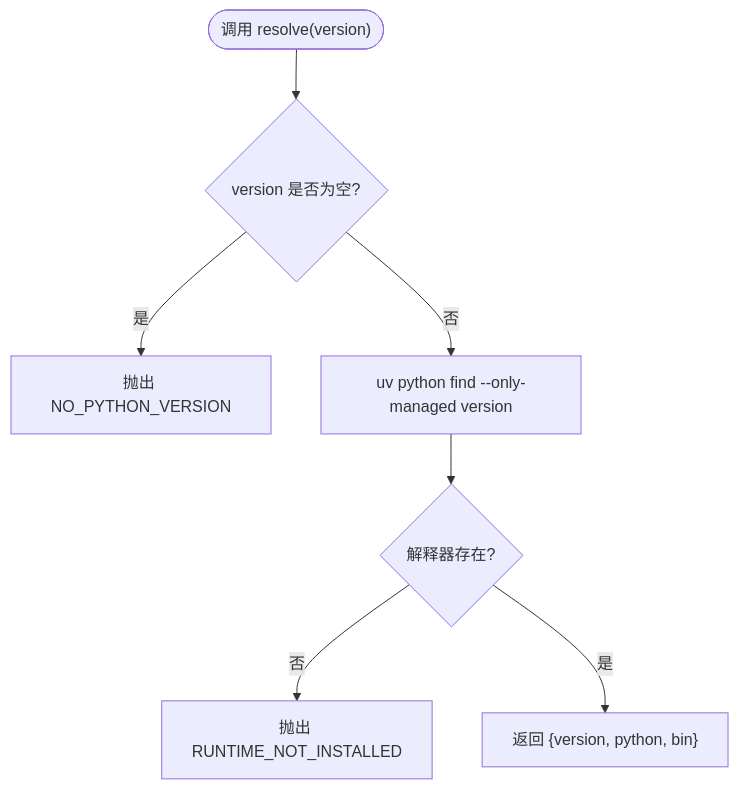
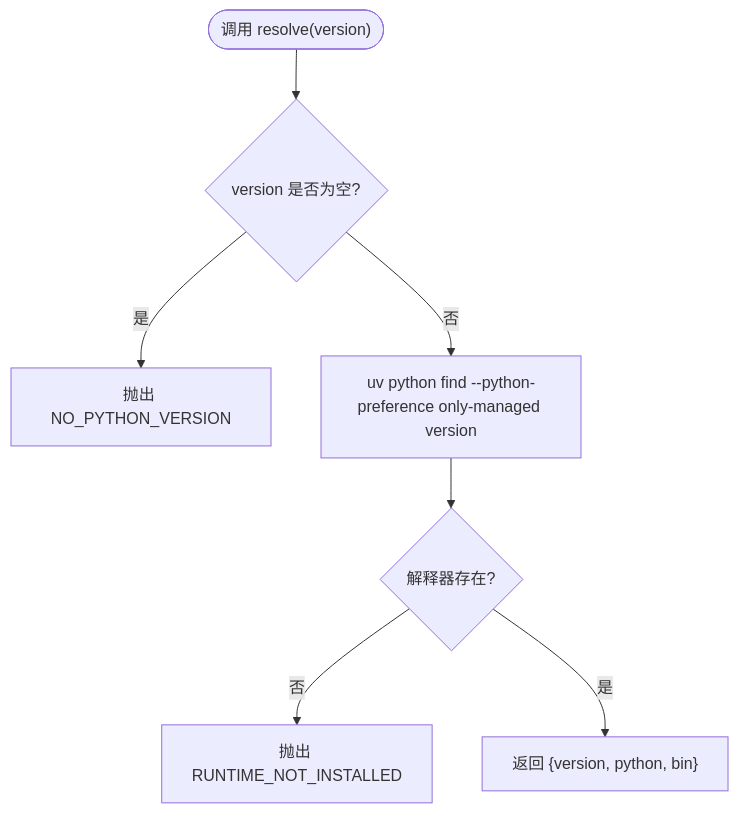
Before and after one commit to hozeeee/script-box: the fourth of 10 diagrams in .qoder/repowiki/zh/content/核心服务层/Runner 服务（脚本运行器）/Python 语言支持.md, drawn with Mermaid. The commit also changed other lines of this file and 8 other files, not shown here.

````diff
--- a/.qoder/repowiki/zh/content/核心服务层/Runner 服务（脚本运行器）/Python 语言支持.md
+++ b/.qoder/repowiki/zh/content/核心服务层/Runner 服务（脚本运行器）/Python 语言支持.md
@@ -171,9 +182,9 @@
 ```mermaid
 flowchart TD
 Start(["调用 resolve(version)"]) --> CheckVersion{"version 是否为空?"}
 CheckVersion --> |是| ThrowNoVersion["抛出 NO_PYTHON_VERSION"]
-CheckVersion --> |否| FindPython["uv python find --only-managed version"]
+CheckVersion --> |否| FindPython["uv python find --python-preference only-managed version"]
 FindPython --> Exists{"解释器存在?"}
 Exists --> |否| ThrowNotInstalled["抛出 RUNTIME_NOT_INSTALLED"]
 Exists --> |是| ReturnResolved["返回 {version, python, bin}"]
 ```
````
